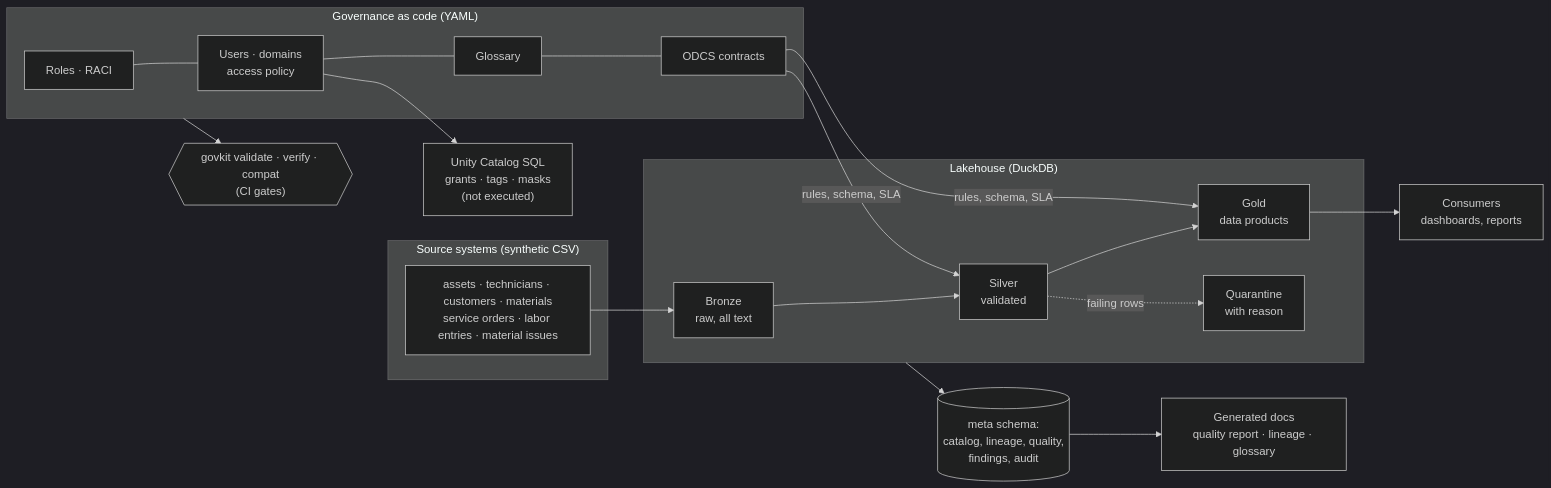
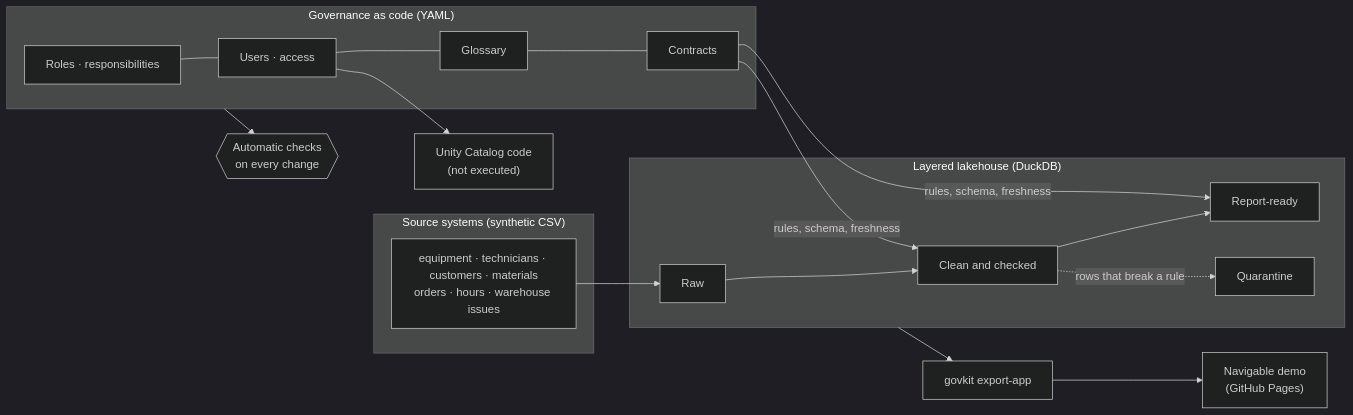
One commit to juansanchezalcantara20-ai/data-governance-as-code changed the diagram in README.md. Above: the diagram before and after it, drawn with Mermaid (dark theme). The commit also changed other lines of this file and 39 other files, not shown here.

First line of the commit message:
Publish the demo: browser tests, captures, Pages workflow and showcase READMEs

````diff
--- a/README.md
+++ b/README.md
@@ -46,22 +71,20 @@
 ```mermaid
 flowchart LR
     subgraph SRC["Source systems (synthetic CSV)"]
-      F[assets · technicians · customers · materials<br/>service orders · labor entries · material issues]
+      F[equipment · technicians · customers · materials<br/>orders · hours · warehouse issues]
     end
-    subgraph LH["Lakehouse (DuckDB)"]
-      B["Bronze<br/>raw, all text"] --> S["Silver<br/>validated"] --> G["Gold<br/>data products"]
-      S -. failing rows .-> Q["Quarantine<br/>with reason"]
+    subgraph LH["Layered lakehouse (DuckDB)"]
+      B["Raw"] --> S["Clean and checked"] --> G["Report-ready"]
+      S -. rows that break a rule .-> Q["Quarantine"]
     end
     subgraph GOV["Governance as code (YAML)"]
-      R[Roles · RACI] --- U[Users · domains<br/>access policy]
+      R[Roles · responsibilities] --- U[Users · access]
       U --- GL[Glossary]
-      GL --- C[ODCS contracts]
+      GL --- C[Contracts]
     end
     F --> B
-    C -- rules, schema, SLA --> S & G
-    G --> X["Consumers<br/>dashboards, reports"]
-    GOV --> V{{"govkit validate · verify · compat<br/>(CI gates)"}}
-    LH --> M[("meta schema:<br/>catalog, lineage, quality,<br/>findings, audit")]
-    M --> D["Generated docs<br/>quality report · lineage · glossary"]
-    U --> UC["Unity Catalog SQL<br/>grants · tags · masks<br/>(not executed)"]
+    C -- rules, schema, freshness --> S & G
+    GOV --> V{{"Automatic checks<br/>on every change"}}
+    LH --> X["govkit export-app"] --> APP["Navigable demo<br/>(GitHub Pages)"]
+    U --> UC["Unity Catalog code<br/>(not executed)"]
 ```
````
